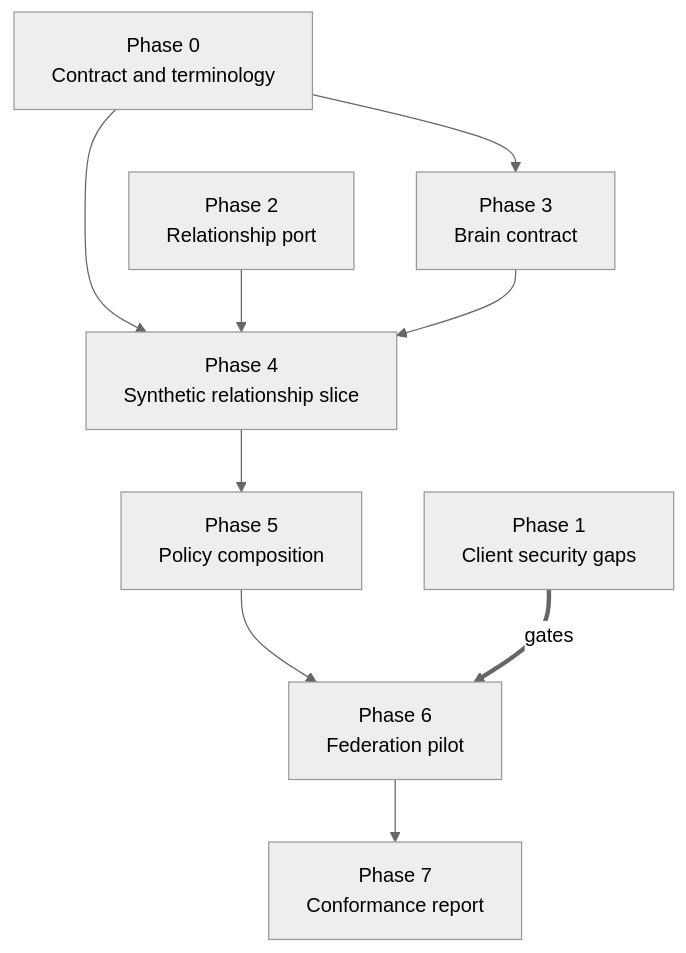
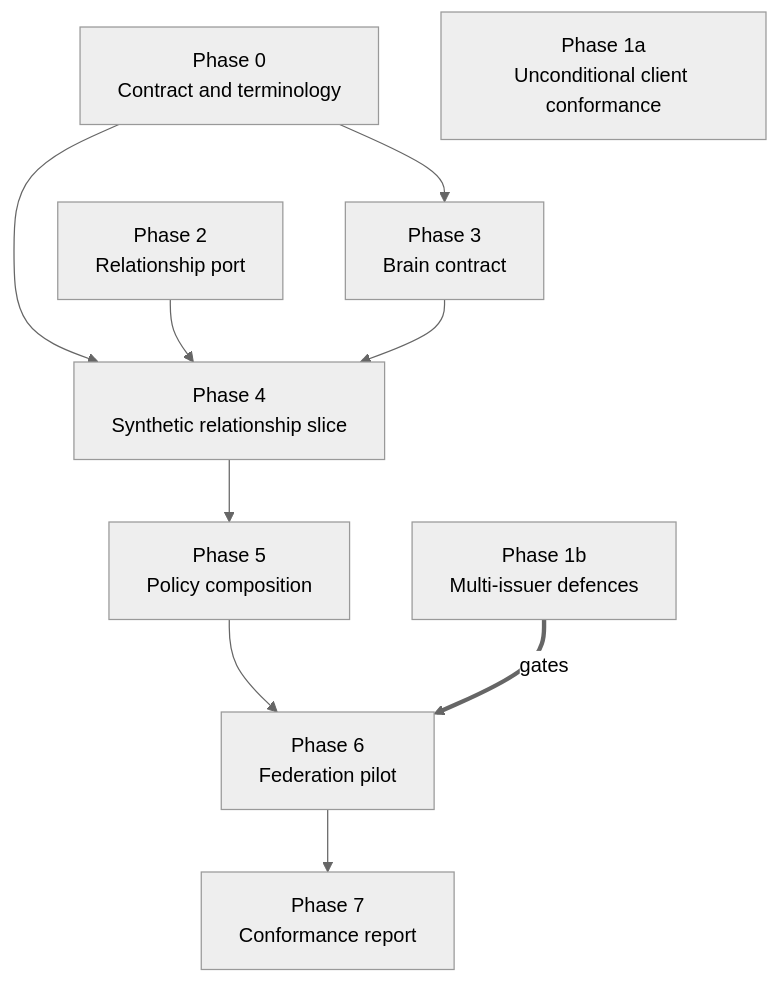
One commit to jamescrowley321/identity-stack-planning changed the diagram in docs/governed-brain-implementation-plan.md. Above: the diagram before and after it, drawn with Mermaid (neutral theme). The commit also changed other lines of this file and 1 other file, not shown here.

First line of the commit message:
fix(docs): only `iss` is multi-issuer — split Phase 1 and move the gate

````diff
--- a/docs/governed-brain-implementation-plan.md
+++ b/docs/governed-brain-implementation-plan.md
@@ -140,20 +161,21 @@
 ```mermaid
 flowchart TD
   P0[Phase 0<br/>Contract and terminology]
-  P1[Phase 1<br/>Client security gaps]
+  P1A[Phase 1a<br/>Unconditional client conformance]
+  P1B[Phase 1b<br/>Multi-issuer defences]
   P2[Phase 2<br/>Relationship port]
   P3[Phase 3<br/>Brain contract]
   P4[Phase 4<br/>Synthetic relationship slice]
   P5[Phase 5<br/>Policy composition]
   P6[Phase 6<br/>Federation pilot]
   P7[Phase 7<br/>Conformance report]
 
   P0 --> P3
   P0 --> P4
   P2 --> P4
   P3 --> P4
   P4 --> P5
   P5 --> P6
-  P1 ==>|gates| P6
+  P1B ==>|gates| P6
   P6 --> P7
 ```
````
